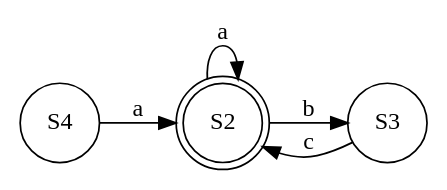
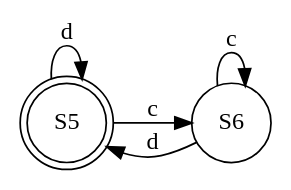
The diagram in main.gv (Tradewcs/diploma), drawn with Graphviz before and after one commit. The commit also changed 6 other files, not shown here.

```diff
--- a/main.gv
+++ b/main.gv
@@ -1,9 +1,9 @@
 digraph NFA {
 	rankdir=LR;
 	node [shape=circle];
-	S2 [shape=doublecircle];
-	S2 -> S2 [label="a"];
-	S2 -> S3 [label="b"];
-	S3 -> S2 [label="c"];
-	S4 -> S2 [label="a"];
+	S5 [shape=doublecircle];
+	S5 -> S6 [label="c"];
+	S5 -> S5 [label="d"];
+	S6 -> S6 [label="c"];
+	S6 -> S5 [label="d"];
 }
```
